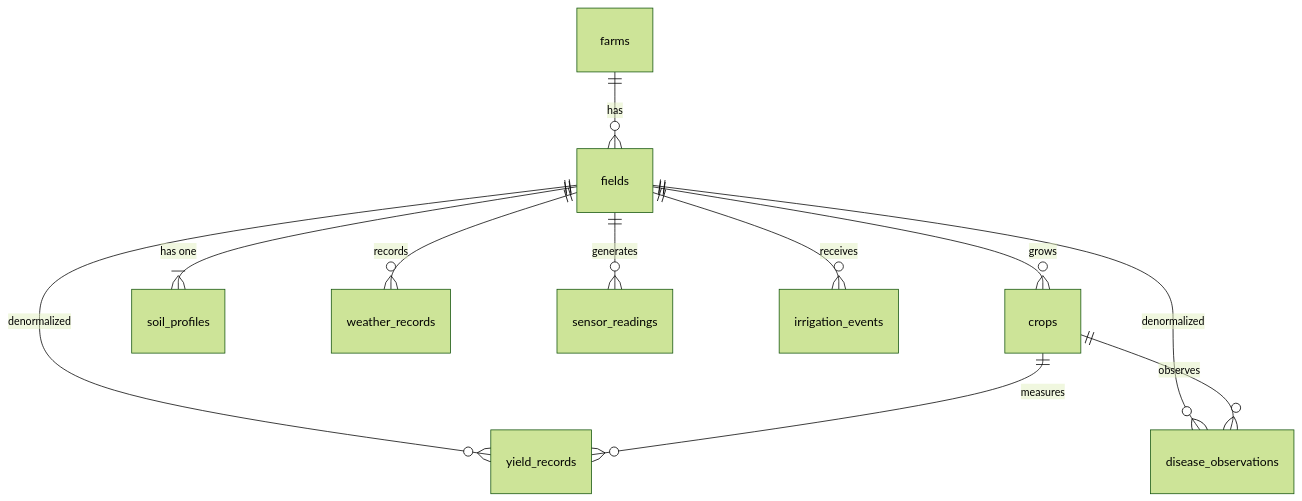
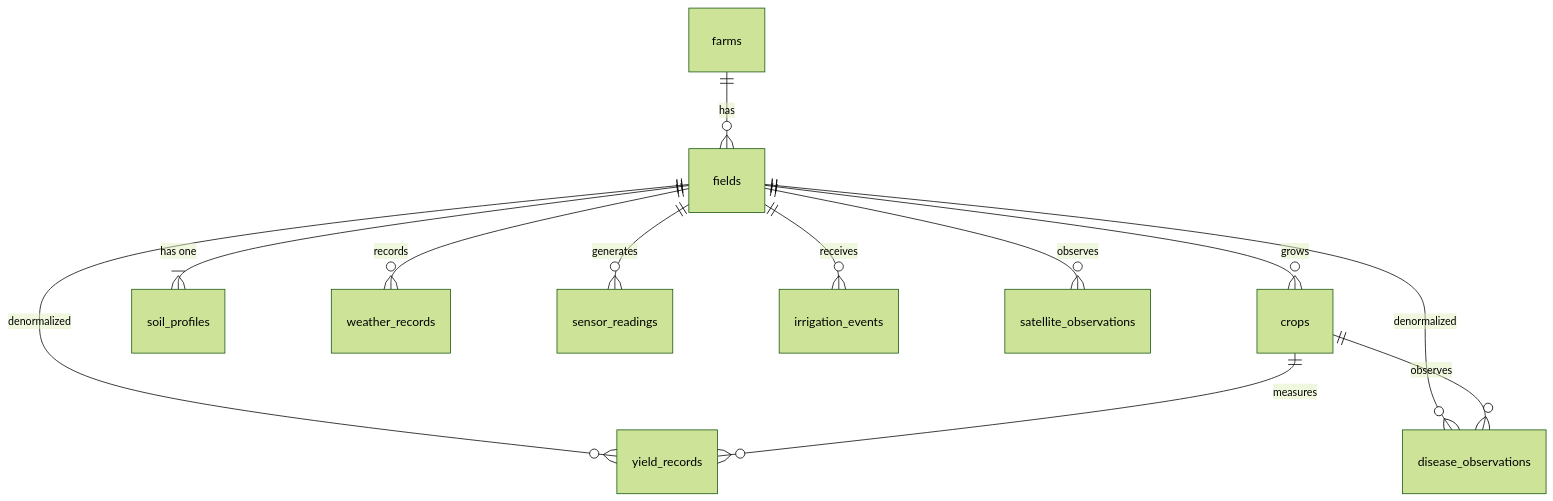
One commit to santoshnarayanan/AGRIFLOW-AI changed the diagram in docs/03-database.md. Above: the diagram before and after it, drawn with Mermaid (forest theme). The commit also changed other lines of this file and 7 other files, not shown here.

````diff
--- a/docs/03-database.md
+++ b/docs/03-database.md
@@ -12,13 +12,14 @@
 ```mermaid
 erDiagram
     farms ||--o{ fields : "has"
     fields ||--o{ crops : "grows"
     fields ||--|{ soil_profiles : "has one"
     fields ||--o{ weather_records : "records"
     fields ||--o{ sensor_readings : "generates"
     fields ||--o{ irrigation_events : "receives"
     fields ||--o{ yield_records : "denormalized"
     fields ||--o{ disease_observations : "denormalized"
+    fields ||--o{ satellite_observations : "observes"
     crops ||--o{ yield_records : "measures"
     crops ||--o{ disease_observations : "observes"
 ```
````
